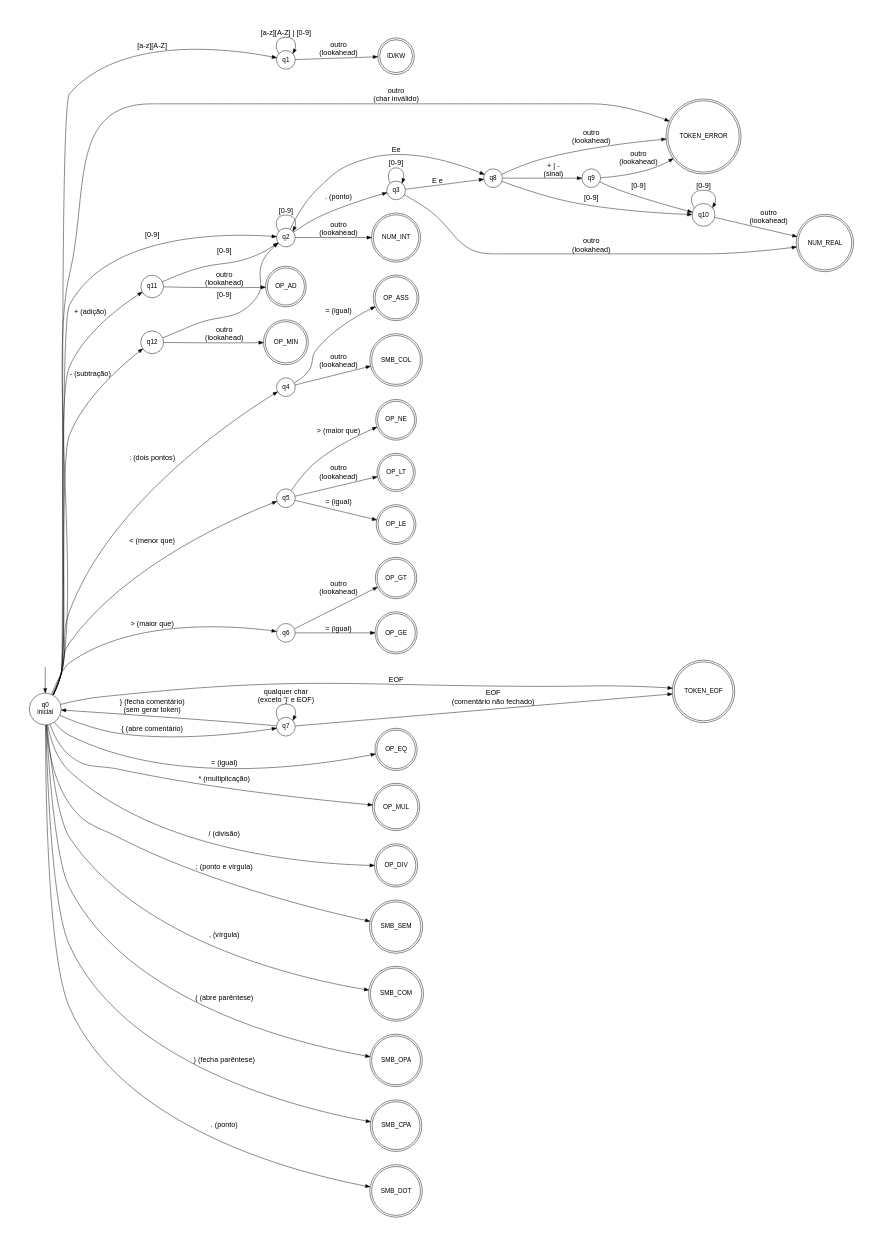
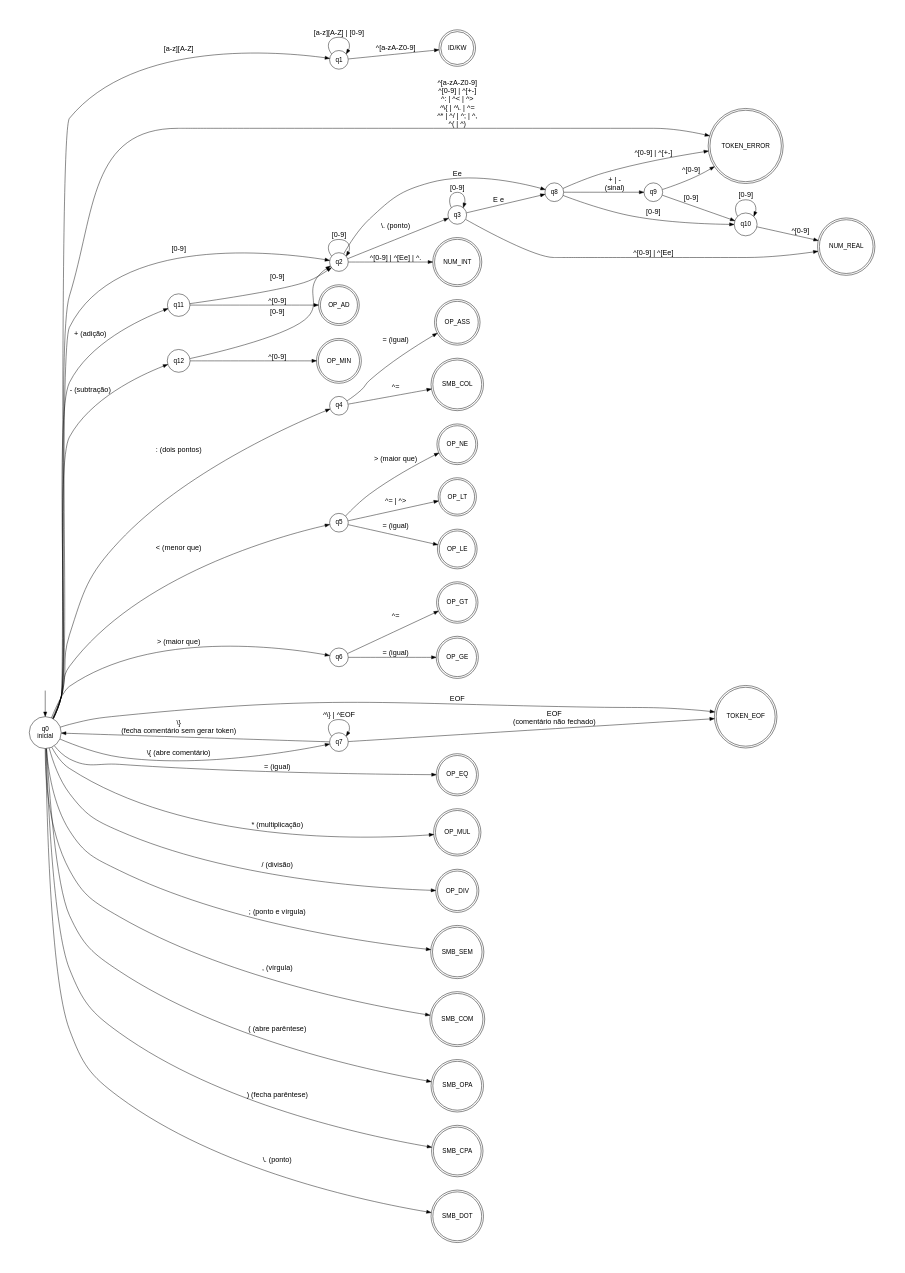
One commit to miguelhenriquecbl/LINGUAGENS-FORMAIS-AUT-MATOS-E-COMPILADORES changed the diagram in Trabalho/analisador-lexico/AFDs/codigo/afd_completo.dot. Above: the diagram before and after it, drawn with Graphviz. The commit also changed 18 other files, not shown here.

```diff
--- a/Trabalho/analisador-lexico/AFDs/codigo/afd_completo.dot
+++ b/Trabalho/analisador-lexico/AFDs/codigo/afd_completo.dot
@@ -1,133 +1,133 @@
 digraph afd_completo {
     rankdir=LR;
     nodesep=0.4;
     pad=0.8;
     node [shape=circle, fontname="Arial"];
     edge [fontname="Arial", fontsize=16];
 
     /* estado invisível pra seta de entrada */
     inicio [shape=none, label=""];
 
     { rank=same; inicio; q0}
 
     { rank=same; q1; q2; q4; q5; q6; q7; }
 
     { rank=same; qTOKEN_EOF; qTOKEN_ERROR; }
 
     /* Estado Inicial */
     q0 [label="q0\ninicial"];
 
     /* estados intermediários */
     q1 [label="q1"];
     q2 [label="q2"];
     q3 [label="q3"];
     q4 [label="q4"];
     q5 [label="q5"];
     q6 [label="q6"];
     q7 [label="q7"];
     q8 [label="q8"];
     q9 [label="q9"];
     q10 [label="q10"];
     q11 [label="q11"];
     q12 [label="q12"];
 
     /* estados finais — círculo duplo */
     node [shape=doublecircle];
 
     /* Palavras reservadas, Identificador e Tipos Números  */
     qID_KW [label="ID/KW"];
     qNUM_INT [label="NUM_INT"];
     qNUM_REAL [label="NUM_REAL"];
 
     /* Operadores relacionais */
     qOP_EQ [label="OP_EQ"]; /* = */
     qOP_NE [label="OP_NE"]; /* <> */
     qOP_LT [label="OP_LT"]; /* < */
     qOP_LE [label="OP_LE"]; /* <= */
     qOP_GT [label="OP_GT"]; /* > */
     qOP_GE [label="OP_GE"]; /* >= */
 
     /* Operadores aritméticos */
     qOP_AD [label="OP_AD"]; /* + */
     qOP_MIN [label="OP_MIN"]; /* - */
     qOP_MUL [label="OP_MUL"]; /* * */
     qOP_DIV [label="OP_DIV"]; /* / */
     qOP_ASS [label="OP_ASS"]; /* := */
 
     /* Símbolos */
     qSMB_SEM [label="SMB_SEM"]; /* ; */
     qSMB_COM [label="SMB_COM"]; /* , */
     qSMB_OPA [label="SMB_OPA"]; /* ( */
     qSMB_CPA [label="SMB_CPA"]; /* ) */
     qSMB_COL [label="SMB_COL"]; /* : */
     qSMB_DOT [label="SMB_DOT"]; /* . */
 
     /* Especiais */
     qTOKEN_EOF [shape=doublecircle label="TOKEN_EOF"]; /* Fim do arquivo */
     qTOKEN_ERROR [shape=doublecircle label="TOKEN_ERROR"]; /* Erro léxico */
 
     /* seta de entrada */
     inicio -> q0;
 
     /* q0 -> estados intermediários */
-    q0 -> qTOKEN_ERROR [label="outro\n(char inválido)"];
+    q0 -> qTOKEN_ERROR [label="^[a-zA-Z0-9]\n^[0-9] | ^[+-]\n^: | ^< | ^>\n^\\{ | ^\\. | ^=\n^* | ^/ | ^; | ^,\n^( | ^)"];
     q0 -> qTOKEN_EOF [label="EOF"];
 
     q0 -> q1 [label="[a-z][A-Z]"];
     q1 -> q1 [label="[a-z][A-Z] | [0-9]"];
-    q1 -> qID_KW [label="outro\n(lookahead)"];
+    q1 -> qID_KW [label="^[a-zA-Z0-9]"];
 
     q0 -> q2 [label="[0-9]"];
     q2 -> q2 [label="[0-9]"];
     q2 -> q8 [label="Ee"];
-    q2 -> qNUM_INT [label="outro\n(lookahead)"];
+    q2 -> qNUM_INT [label="^[0-9] | ^[Ee] | ^\."];
 
-    q2 -> q3 [label=". (ponto)"]; /* ponto depois de número */
+    q2 -> q3 [label="\\. (ponto)"];
     q3 -> q3 [label="[0-9]"];
     q3 -> q8 [label="E e"];
-    q3 -> qNUM_REAL [label="outro\n(lookahead)"];
+    q3 -> qNUM_REAL [label="^[0-9] | ^[Ee]"];
 
     q0 -> q4 [label=": (dois pontos)"]; 
     q4 -> qOP_ASS [label="= (igual)"]; 
-    q4 -> qSMB_COL [label="outro\n(lookahead)"]; 
+    q4 -> qSMB_COL [label="^="]; 
 
     q0 -> q5 [label="< (menor que)"]; 
     q5 -> qOP_NE [label="> (maior que)"]; 
     q5 -> qOP_LE [label="= (igual)"]; 
-    q5 -> qOP_LT [label="outro\n(lookahead)"]; 
+    q5 -> qOP_LT [label="^= | ^>"];
 
     q0 -> q6 [label="> (maior que)"]; 
     q6 -> qOP_GE [label="= (igual)"]; 
-    q6 -> qOP_GT [label="outro\n(lookahead)"]; 
+    q6 -> qOP_GT [label="^="];
 
-    q0 -> q7 [label="{ (abre comentário)"]; 
-    q7 -> q7 [label="qualquer char\n(exceto '}' e EOF)"];
-    q7 -> q0 [label="} (fecha comentário)\n(sem gerar token)"];
+    q0 -> q7 [label="\\{ (abre comentário)"]; 
+    q7 -> q7 [label="^\\} | ^EOF"];
+    q7 -> q0 [label="\\}\n (fecha comentário sem gerar token)"];
     q7 -> qTOKEN_EOF [label="EOF\n(comentário não fechado)"];
 
     q0 -> qOP_EQ [label="= (igual)", minlen=3]; 
     q0 -> qOP_MUL [label="* (multiplicação)", minlen=3]; 
     q0 -> qOP_DIV [label="/ (divisão)", minlen=3]; 
 
     q0 -> qSMB_SEM [label="; (ponto e vírgula)", minlen=3]; 
     q0 -> qSMB_COM [label=", (vírgula)", minlen=3]; 
     q0 -> qSMB_OPA [label="( (abre parêntese)", minlen=3]; 
     q0 -> qSMB_CPA [label=") (fecha parêntese)", minlen=3]; 
-    q0 -> qSMB_DOT [label=". (ponto)", minlen=3]; /* ponto sozinho */
+    q0 -> qSMB_DOT [label="\\. (ponto)", minlen=3];
 
     q0 -> q11 [label="+ (adição)"]; 
     q11 -> q2 [label="[0-9]"]; 
-    q11 -> qOP_AD [label="outro\n(lookahead)"]; 
+    q11 -> qOP_AD [label="^[0-9]"];
 
     q0 -> q12 [label="- (subtração)"]; 
     q12 -> q2 [label="[0-9]"]
-    q12 -> qOP_MIN [label="outro\n(lookahead)"]; 
+    q12 -> qOP_MIN [label="^[0-9]"]
 
     q8 -> q9 [label="+ | -\n(sinal)"]
     q8 -> q10 [label="[0-9]"]
     q9 -> q10 [label="[0-9]"]
     q10 -> q10 [label="[0-9]"]
-    q8 -> qTOKEN_ERROR [label="outro\n(lookahead)"]; 
-    q9 -> qTOKEN_ERROR [label="outro\n(lookahead)"]; 
-    q10 -> qNUM_REAL [label="outro\n(lookahead)"]; 
+    q8 -> qTOKEN_ERROR [label="^[0-9] | ^[+-]"];
+    q9 -> qTOKEN_ERROR [label="^[0-9]"];
+    q10 -> qNUM_REAL [label="^[0-9]"];
 }
```
